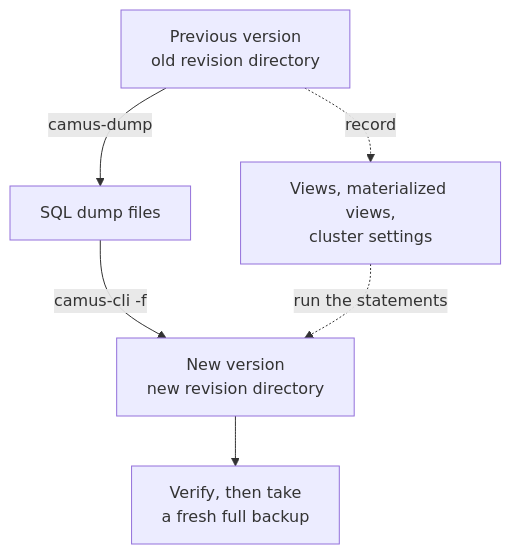
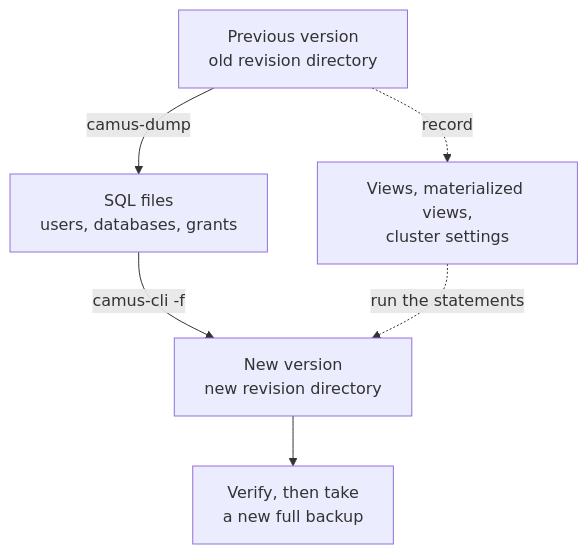
One commit to camusdb/camusdb.github.io changed the diagram in docs/logical-dump-and-reimport.md. Above: the diagram before and after it, drawn with Mermaid. The commit also changed other lines of this file and 216 other files, not shown here.

````diff
--- a/docs/logical-dump-and-reimport.md
+++ b/docs/logical-dump-and-reimport.md
@@ -73,8 +63,8 @@
 ```mermaid
 flowchart TD
-    A["Previous version<br/>old revision directory"] -->|"camus-dump"| F[SQL dump files]
+    A["Previous version<br/>old revision directory"] -->|"camus-dump"| F["SQL files<br/>users, databases, grants"]
     A -.->|record| R["Views, materialized views,<br/>cluster settings"]
     F -->|"camus-cli -f"| B["New version<br/>new revision directory"]
     R -.->|run the statements| B
-    B --> V["Verify, then take<br/>a fresh full backup"]
+    B --> V["Verify, then take<br/>a new full backup"]
 ```
````
